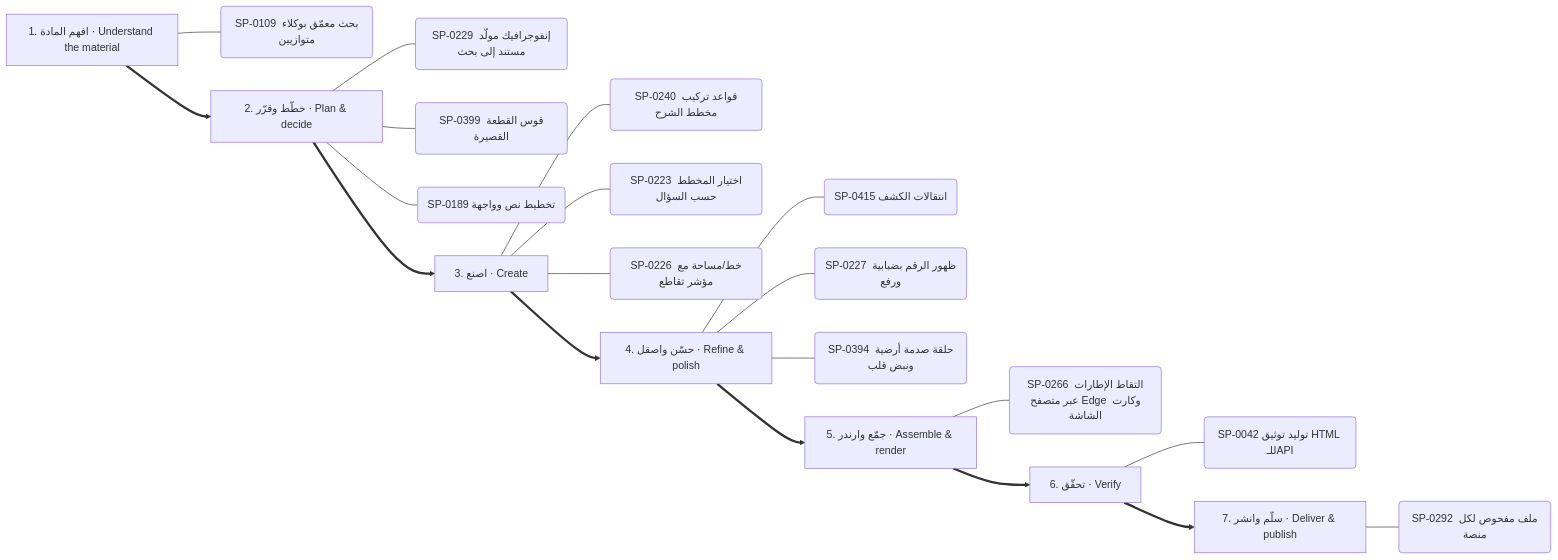
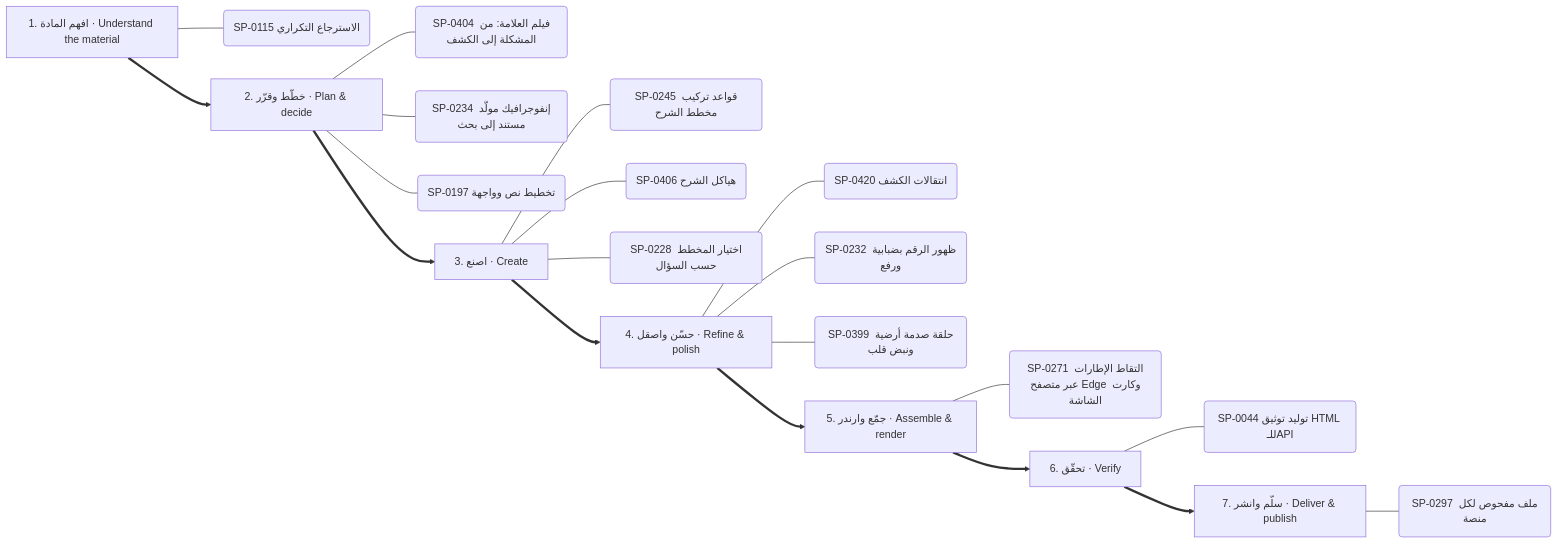
The fifth of 13 diagrams in .claude/skills/kosif-superpowers/references/capability-mindmap.md (kosif199022-jpg/kosif-tool), drawn with Mermaid before and after one commit. The commit also changed other lines of this file and 1314 other files, not shown here.

````diff
--- a/.claude/skills/kosif-superpowers/references/capability-mindmap.md
+++ b/.claude/skills/kosif-superpowers/references/capability-mindmap.md
@@ -274,29 +276,29 @@
 ```mermaid
 flowchart LR
   S0["1. افهم المادة · Understand the material"]
-  S0 --- S0_0("SP-0109 بحث معمّق بوكلاء متوازيين")
+  S0 --- S0_0("SP-0115 الاسترجاع التكراري")
   S1["2. خطّط وقرّر · Plan & decide"]
-  S1 --- S1_0("SP-0229 إنفوجرافيك مولَّد مستند إلى بحث")
-  S1 --- S1_1("SP-0399 قوس القطعة القصيرة")
-  S1 --- S1_2("SP-0189 تخطيط نص وواجهة")
+  S1 --- S1_0("SP-0404 فيلم العلامة: من المشكلة إلى الكشف")
+  S1 --- S1_1("SP-0234 إنفوجرافيك مولَّد مستند إلى بحث")
+  S1 --- S1_2("SP-0197 تخطيط نص وواجهة")
   S0 ==> S1
   S2["3. اصنع · Create"]
-  S2 --- S2_0("SP-0240 قواعد تركيب مخطط الشرح")
-  S2 --- S2_1("SP-0223 اختيار المخطط حسب السؤال")
-  S2 --- S2_2("SP-0226 خط/مساحة مع مؤشر تقاطع")
+  S2 --- S2_0("SP-0245 قواعد تركيب مخطط الشرح")
+  S2 --- S2_1("SP-0406 هياكل الشرح")
+  S2 --- S2_2("SP-0228 اختيار المخطط حسب السؤال")
   S1 ==> S2
   S3["4. حسّن واصقل · Refine & polish"]
-  S3 --- S3_0("SP-0415 انتقالات الكشف")
-  S3 --- S3_1("SP-0227 ظهور الرقم بضبابية ورفع")
-  S3 --- S3_2("SP-0394 حلقة صدمة أرضية ونبض قلب")
+  S3 --- S3_0("SP-0420 انتقالات الكشف")
+  S3 --- S3_1("SP-0232 ظهور الرقم بضبابية ورفع")
+  S3 --- S3_2("SP-0399 حلقة صدمة أرضية ونبض قلب")
   S2 ==> S3
   S4["5. جمّع وارندر · Assemble & render"]
-  S4 --- S4_0("SP-0266 التقاط الإطارات عبر متصفح Edge وكارت الشاشة")
+  S4 --- S4_0("SP-0271 التقاط الإطارات عبر متصفح Edge وكارت الشاشة")
   S3 ==> S4
   S5["6. تحقّق · Verify"]
-  S5 --- S5_0("SP-0042 توليد توثيق HTML للـAPI")
+  S5 --- S5_0("SP-0044 توليد توثيق HTML للـAPI")
   S4 ==> S5
   S6["7. سلّم وانشر · Deliver & publish"]
-  S6 --- S6_0("SP-0292 ملف مفحوص لكل منصة")
+  S6 --- S6_0("SP-0297 ملف مفحوص لكل منصة")
   S5 ==> S6
 ```
````
